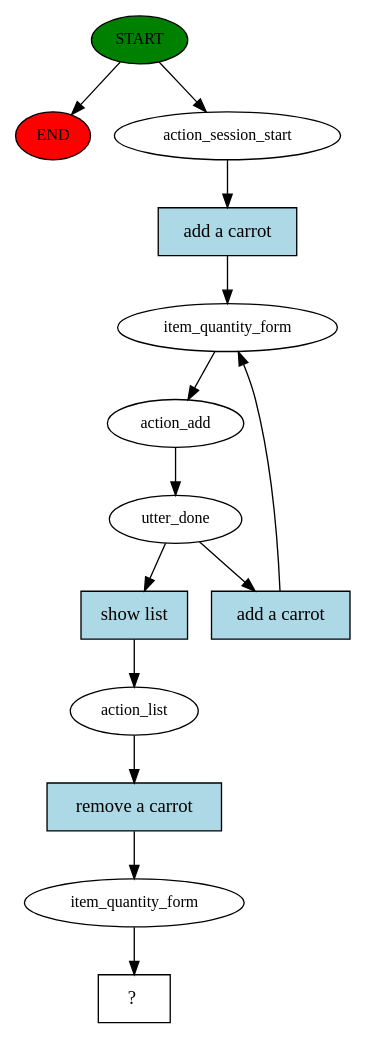
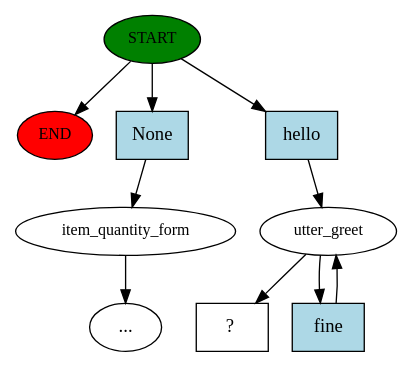
The diagram in story_graph.dot (wwertyexp/CrMidTerm), drawn with Graphviz before and after one commit. The commit also changed 4 other files, not shown here.

```diff
--- a/story_graph.dot
+++ b/story_graph.dot
@@ -1,28 +1,20 @@
 digraph  {
 0 [class="start active", fillcolor=green, fontsize=12, label=START, style=filled];
 "-1" [class=end, fillcolor=red, fontsize=12, label=END, style=filled];
-1 [class=active, fontsize=12, label=action_session_start];
-2 [class=active, fontsize=12, label=item_quantity_form];
-3 [class=active, fontsize=12, label=action_add];
-4 [class=active, fontsize=12, label=utter_done];
-8 [class=active, fontsize=12, label=action_list];
-9 [class=active, fontsize=12, label=item_quantity_form];
-10 [class="intent dashed active", label="  ?  ", shape=rect];
-11 [class="intent active", fillcolor=lightblue, label="add a carrot", shape=rect, style=filled];
-12 [class="intent active", fillcolor=lightblue, label="add a carrot", shape=rect, style=filled];
-13 [class="intent active", fillcolor=lightblue, label="show list", shape=rect, style=filled];
-14 [class="intent active", fillcolor=lightblue, label="remove a carrot", shape=rect, style=filled];
+1 [class="", fontsize=12, label=item_quantity_form];
+"-3" [class=ellipsis, label="..."];
+2 [class=active, fontsize=12, label=utter_greet];
+4 [class="intent dashed active", label="  ?  ", shape=rect];
+5 [class=intent, fillcolor=lightblue, label=None, shape=rect, style=filled];
+6 [class="intent active", fillcolor=lightblue, label=hello, shape=rect, style=filled];
+7 [class="intent active", fillcolor=lightblue, label=fine, shape=rect, style=filled];
 0 -> "-1"  [class="", key=NONE, label=""];
-0 -> 1  [class=active, key=NONE, label=""];
-1 -> 11  [class=active, key=0];
-2 -> 3  [class=active, key=NONE, label=""];
-3 -> 4  [class=active, key=NONE, label=""];
-4 -> 12  [class=active, key=0];
-4 -> 13  [class=active, key=0];
-8 -> 14  [class=active, key=0];
-9 -> 10  [class=active, key=NONE, label=""];
-11 -> 2  [class=active, key=0];
-12 -> 2  [class=active, key=0];
-13 -> 8  [class=active, key=0];
-14 -> 9  [class=active, key=0];
+0 -> 5  [class="", key=0];
+0 -> 6  [class=active, key=0];
+1 -> "-3"  [class="", key=NONE, label=""];
+2 -> 4  [class=active, key=NONE, label=""];
+2 -> 7  [class=active, key=0];
+5 -> 1  [class="", key=0];
+6 -> 2  [class=active, key=0];
+7 -> 2  [class=active, key=0];
 }
```
